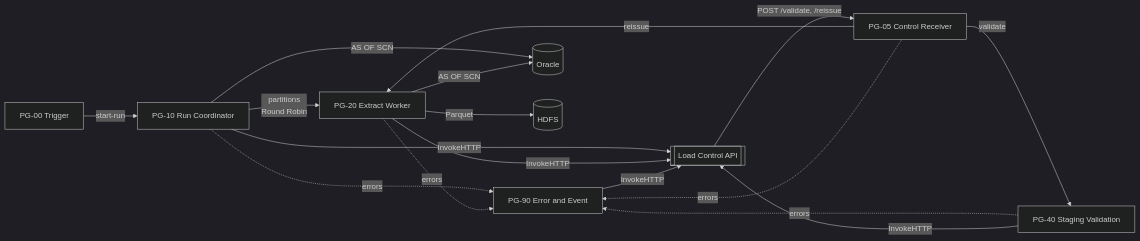
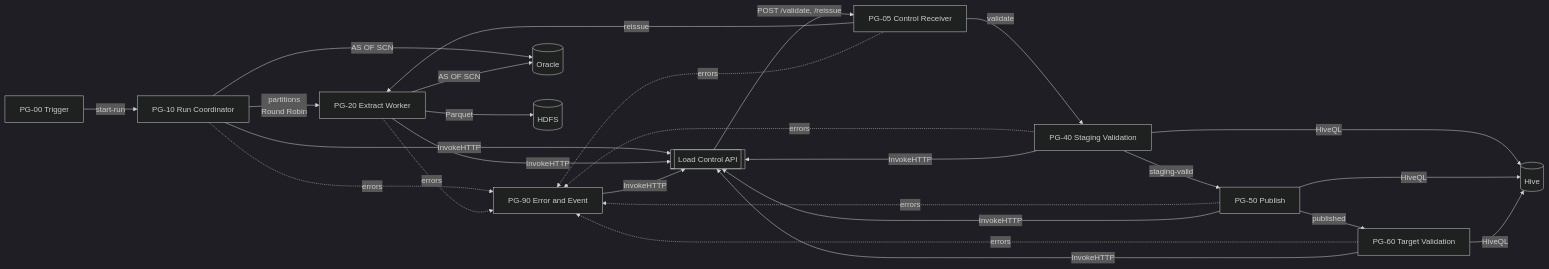
The diagram in poc/V4-MANUAL.md (DataDynamics/nifi-sqoop-removal), drawn with Mermaid (dark theme) before and after one commit. The commit also changed other lines of this file and 10 other files, not shown here.

````diff
--- a/poc/V4-MANUAL.md
+++ b/poc/V4-MANUAL.md
@@ -9,12 +9,15 @@
 ```mermaid
 flowchart LR
     T[PG-00 Trigger] -->|start-run| C[PG-10 Run Coordinator]
     C -->|partitions<br/>Round Robin| W[PG-20 Extract Worker]
     R[PG-05 Control Receiver] -->|validate| S[PG-40 Staging Validation]
+    S -->|staging-valid| P[PG-50 Publish]
+    P -->|published| V[PG-60 Target Validation]
     R -->|reissue| W
-    C & W & S & R -.->|errors| E[PG-90 Error and Event]
-    C & W & S & E -->|InvokeHTTP| API[[Load Control API]]
+    C & W & S & R & P & V -.->|errors| E[PG-90 Error and Event]
+    C & W & S & P & V & E -->|InvokeHTTP| API[[Load Control API]]
     API -->|POST /validate, /reissue| R
     C & W -->|AS OF SCN| O[(Oracle)]
     W -->|Parquet| H[(HDFS)]
+    S & P & V -->|HiveQL| HV[(Hive)]
 ```
````
